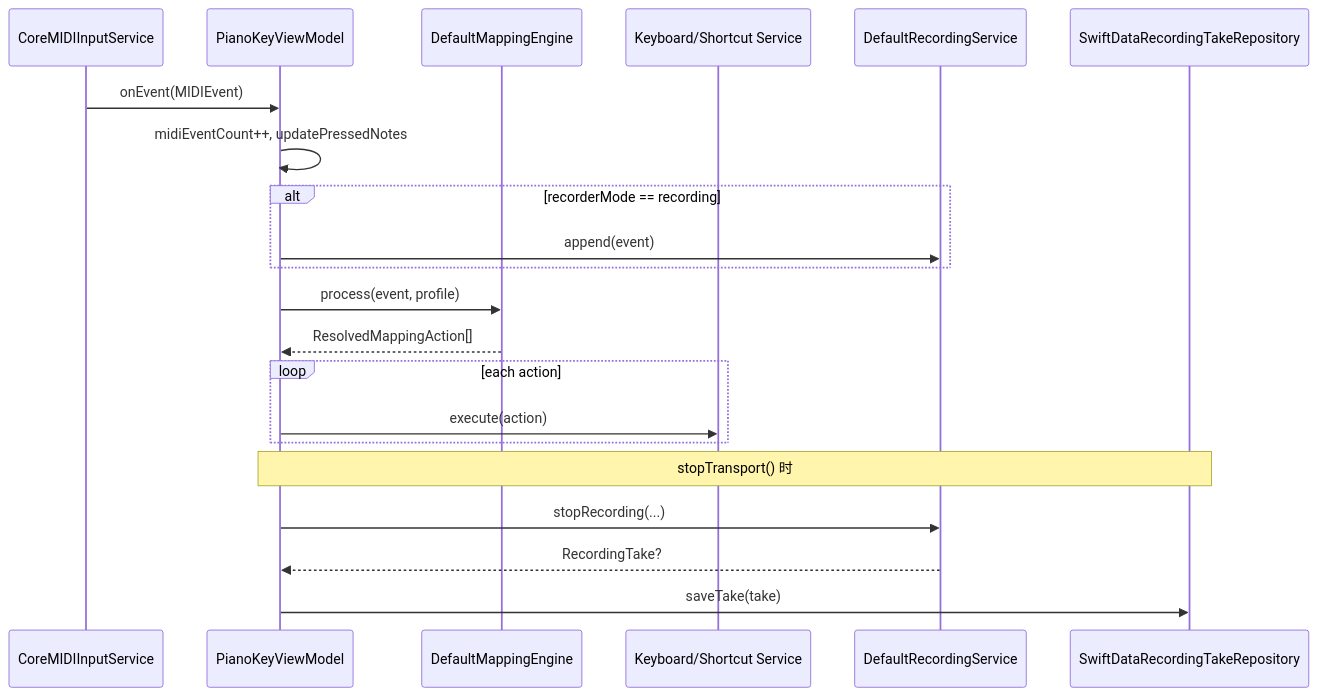
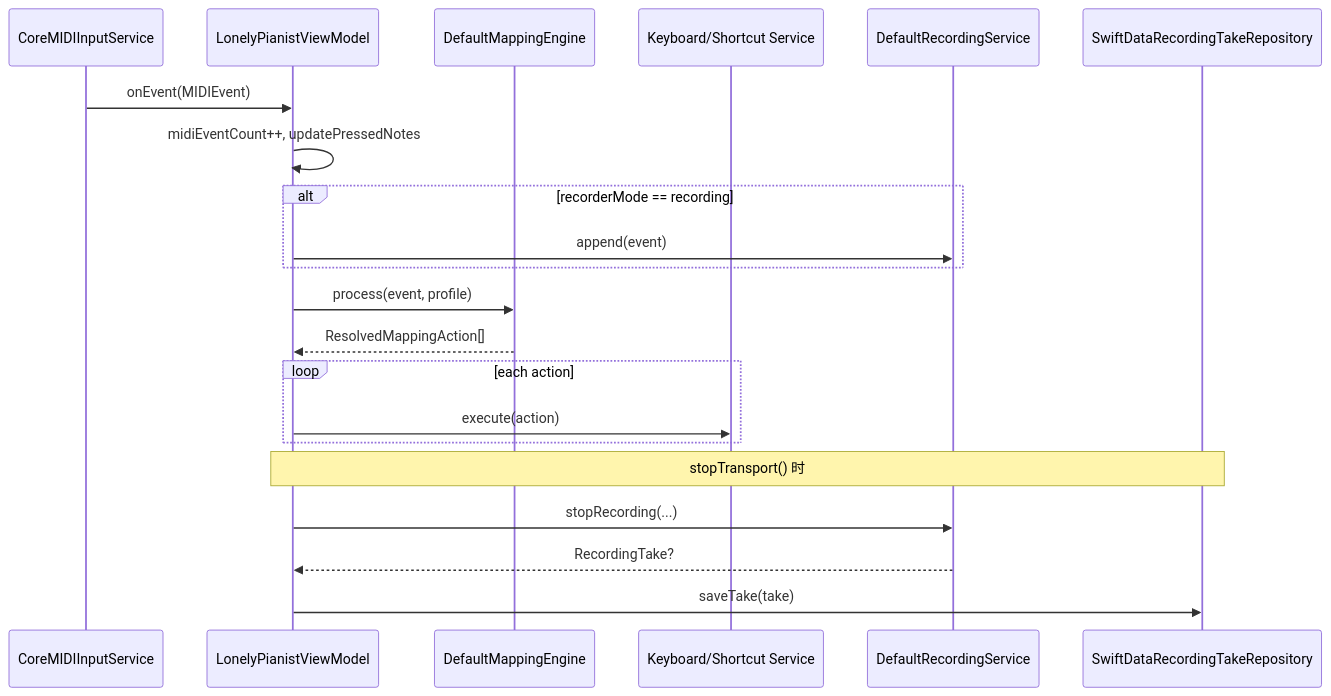
One commit to chiimagnus/HappyPianist changed the diagram in .github/deepwiki/data-flow.md. Above: the diagram before and after it, drawn with Mermaid. The commit also changed other lines of this file and 126 other files, not shown here.

````diff
--- a/.github/deepwiki/data-flow.md
+++ b/.github/deepwiki/data-flow.md
@@ -65,24 +65,24 @@
 ```mermaid
 sequenceDiagram
   participant MIDI as CoreMIDIInputService
-  participant VM as PianoKeyViewModel
+  participant VM as LonelyPianistViewModel
   participant ME as DefaultMappingEngine
   participant IO as Keyboard/Shortcut Service
   participant REC as DefaultRecordingService
   participant REPO as SwiftDataRecordingTakeRepository
 
   MIDI->>VM: onEvent(MIDIEvent)
   VM->>VM: midiEventCount++, updatePressedNotes
   alt recorderMode == recording
     VM->>REC: append(event)
   end
   VM->>ME: process(event, profile)
   ME-->>VM: ResolvedMappingAction[]
   loop each action
     VM->>IO: execute(action)
   end
   Note over VM,REPO: stopTransport() 时
   VM->>REC: stopRecording(...)
   REC-->>VM: RecordingTake?
   VM->>REPO: saveTake(take)
 ```
````
